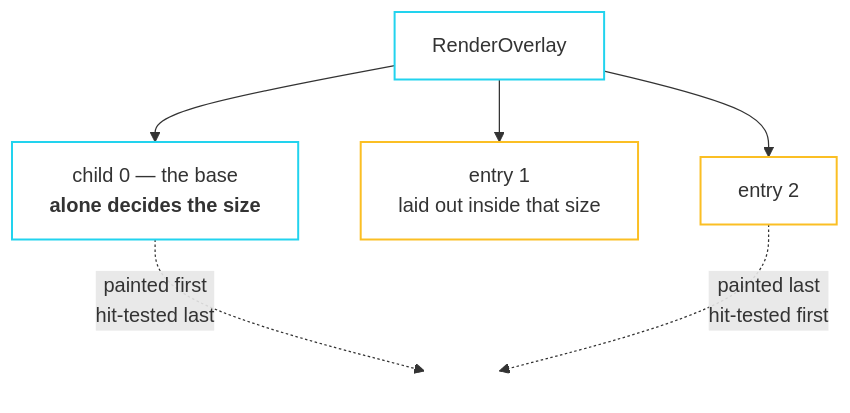
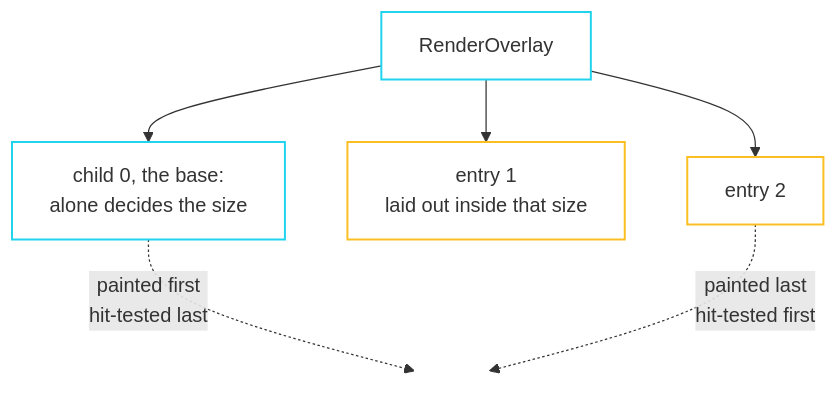
Before and after one commit to cxcubehd/fltr: the diagram in docs/src/content/docs/architecture/overlay.mdx, drawn with Mermaid. The commit also changed other lines of this file and 49 other files, not shown here.

````diff
--- a/docs/src/content/docs/architecture/overlay.mdx
+++ b/docs/src/content/docs/architecture/overlay.mdx
@@ -16,16 +15,16 @@
 ```mermaid
 flowchart TD
-  OV["RenderOverlay"] --> BASE["child 0 — the base<br/><b>alone decides the size</b>"]
+  OV["RenderOverlay"] --> BASE["child 0, the base:<br/>alone decides the size"]
   OV --> E1["entry 1<br/>laid out inside that size"]
   OV --> E2["entry 2"]
 
   BASE -.->|"painted first<br/>hit-tested last"| ORDER[" "]
   E2 -.->|"painted last<br/>hit-tested first"| ORDER
 
   classDef base fill:none,stroke:#22d3ee,stroke-width:1.6px
   classDef entry fill:none,stroke:#fbbf24,stroke-width:1.6px
   classDef ghost fill:none,stroke:none,color:transparent
   class OV,BASE base
   class E1,E2 entry
   class ORDER ghost
 ```
````
